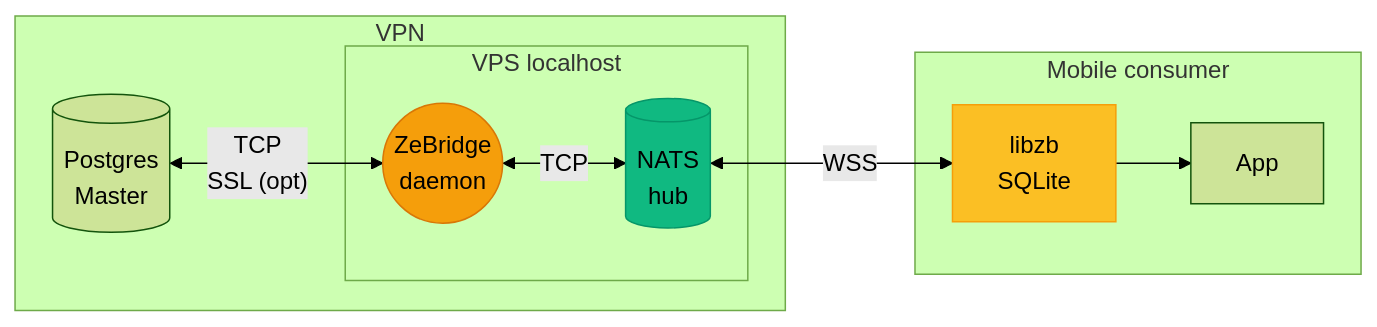
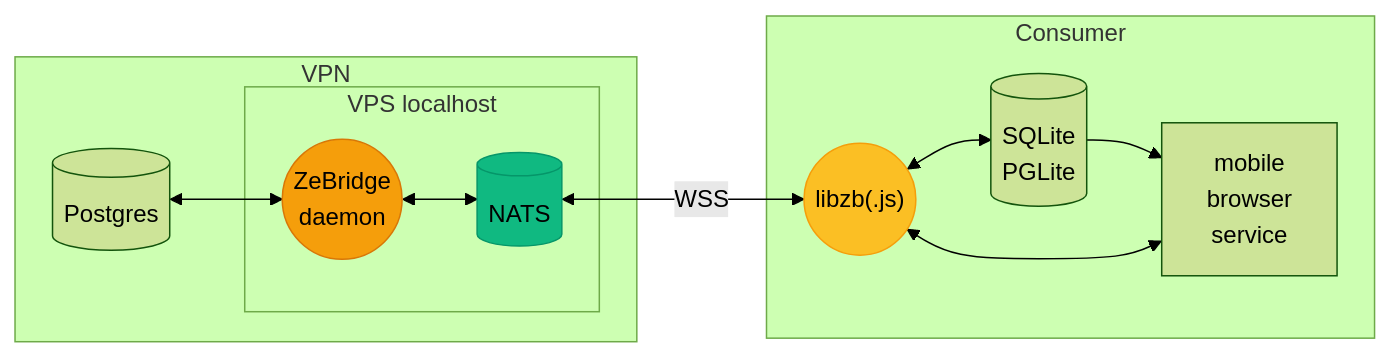
One commit to ndrean/ZeBridge changed the first of 3 diagrams in README.md. Above: the diagram before and after it, drawn with Mermaid (forest theme). The commit also changed other lines of this file and 5 other files, not shown here.

````diff
--- a/README.md
+++ b/README.md
@@ -85,24 +11,28 @@
 ```mermaid
 flowchart LR
      subgraph VPN["VPN"]
-        PG[("Postgres<br>Master")]
+        PG[("Postgres")]
         subgraph Localhost ["VPS localhost"]
             Bridge(("ZeBridge <br> daemon"))
-            NATS[("NATS <br>hub")]
+            NATS[("NATS")]
         end
-        PG <-- "TCP<br>SSL (opt)" --> Bridge
-        Bridge <--> |"TCP"| NATS
+        PG <--> Bridge
+        Bridge <-->  NATS
     end
 
-    NATS <-- "WSS" --> Lib
+    NATS <--> |WSS| Lib
 
 
-    subgraph Mobile["Mobile consumer"]
-        Lib["libzb<br> SQLite"]
-        Lib --> App["App"]
+    subgraph Edge["Consumer"]
+        Lib(("libzb(.js)"))
+        SQL[("SQLite<br>PGLite")]
+        App["mobile<br>browser<br>service"]
+        SQL -->App
+        App <-->Lib
+        Lib <-->SQL
     end
 
     style Bridge fill:#f59e0b,stroke:#d97706,color:#000
     style Lib fill:#fbbf24,stroke:#f59e0b,color:#000
     style NATS fill:#10b981,stroke:#059669,color:#000
 ```
````
